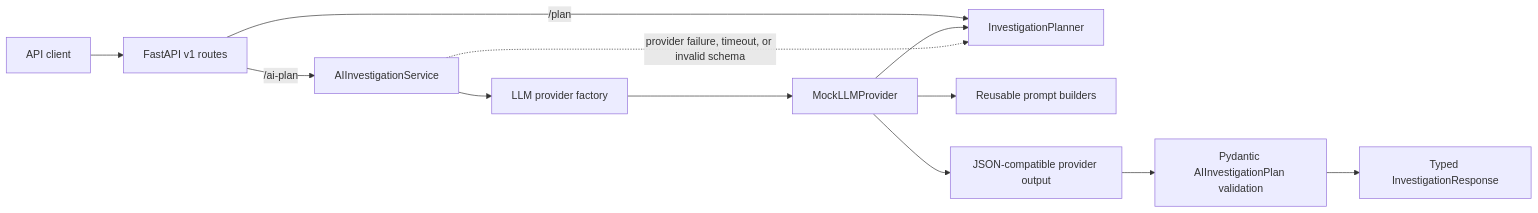
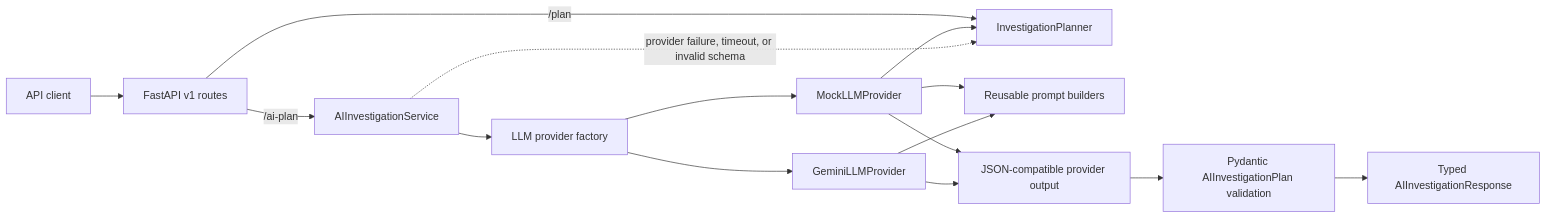
The first of 2 diagrams in README.md (Manal5664/AI-Investigation-Engine), drawn with Mermaid before and after one commit. The commit also changed other lines of this file and 18 other files, not shown here.

````diff
--- a/README.md
+++ b/README.md
@@ -35,18 +37,21 @@
 ```mermaid
 flowchart LR
     Client[API client] --> Routes[FastAPI v1 routes]
 
     Routes -->|/plan| Deterministic[InvestigationPlanner]
     Routes -->|/ai-plan| AIService[AIInvestigationService]
 
     AIService --> Factory[LLM provider factory]
     Factory --> Mock[MockLLMProvider]
+    Factory --> Gemini[GeminiLLMProvider]
     Mock --> Prompts[Reusable prompt builders]
+    Gemini --> Prompts
     Mock --> Deterministic
 
     Mock --> Raw[JSON-compatible provider output]
+    Gemini --> Raw
     Raw --> Validation[Pydantic AIInvestigationPlan validation]
-    Validation --> Response[Typed InvestigationResponse]
+    Validation --> Response[Typed AIInvestigationResponse]
 
     AIService -. provider failure, timeout, or invalid schema .-> Deterministic
 ```
````
